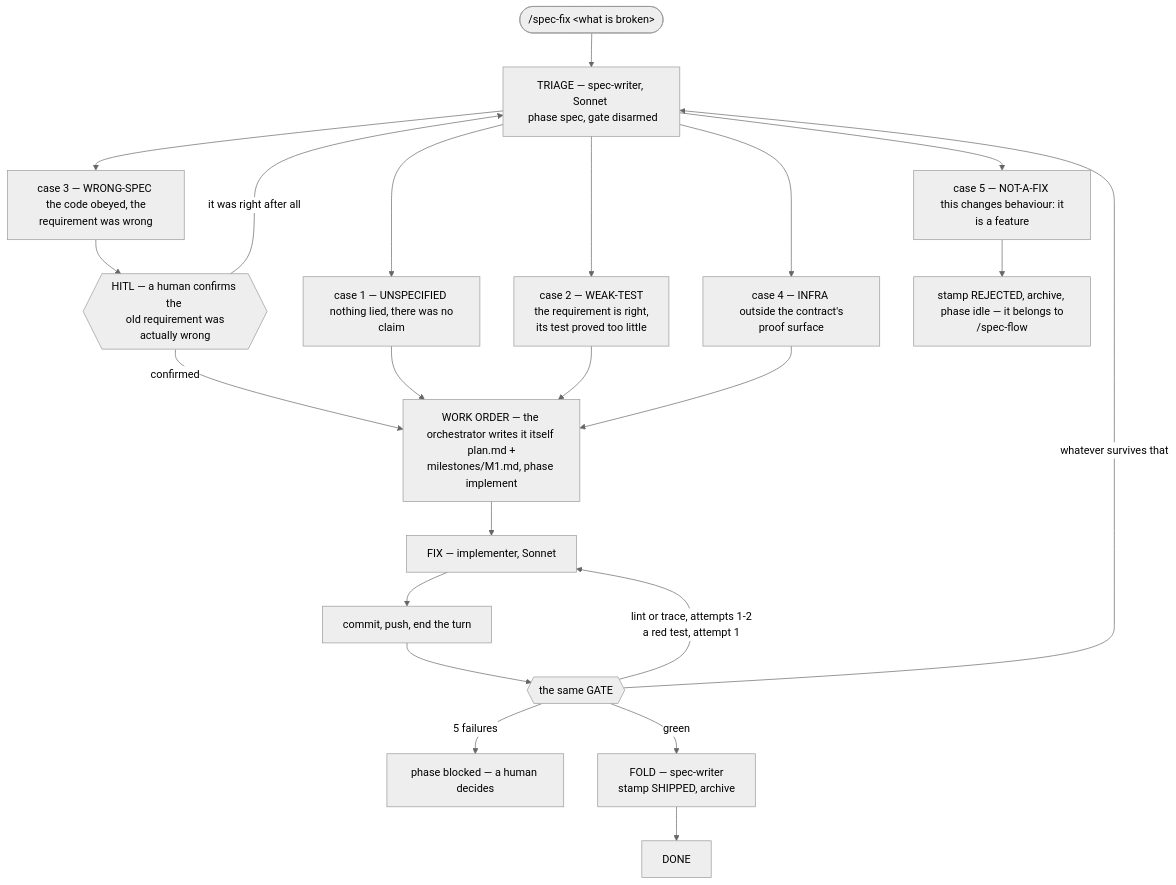
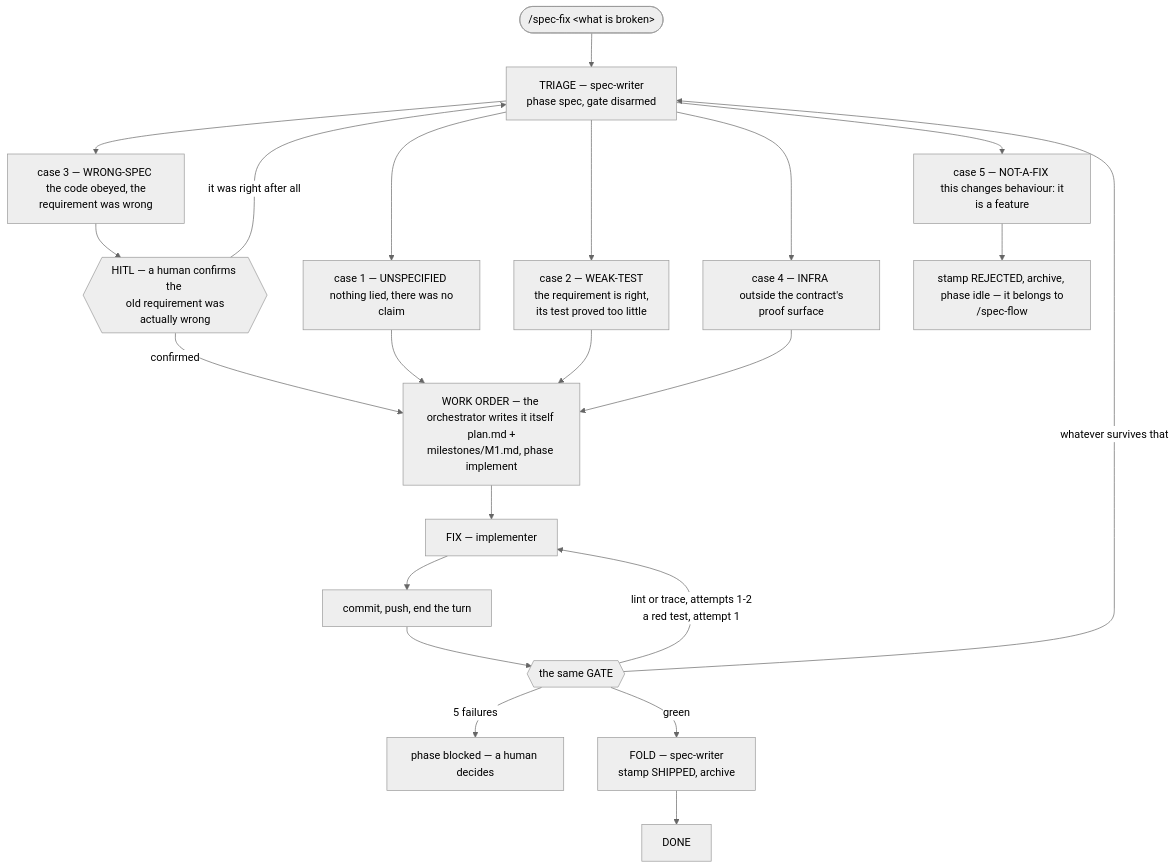
One commit to IgnacioMarin402/spec-flow-plugin changed the second of 3 diagrams in REFERENCE.md. Above: the diagram before and after it, drawn with Mermaid (neutral theme). The commit also changed other lines of this file and 4 other files, not shown here.

````diff
--- a/REFERENCE.md
+++ b/REFERENCE.md
@@ -515,25 +502,25 @@
 ```mermaid
 flowchart TD
-    A(["/spec-fix &lt;what is broken&gt;"]) --> T["TRIAGE — spec-writer, Sonnet <br/> phase spec, gate disarmed"]
+    A(["/spec-fix &lt;what is broken&gt;"]) --> T["TRIAGE — spec-writer <br/> phase spec, gate disarmed"]
     T --> C1["case 1 — UNSPECIFIED <br/> nothing lied, there was no claim"]
     T --> C2["case 2 — WEAK-TEST <br/> the requirement is right, <br/> its test proved too little"]
     T --> C3["case 3 — WRONG-SPEC <br/> the code obeyed, the requirement was wrong"]
     T --> C4["case 4 — INFRA <br/> outside the contract's proof surface"]
     T --> C5["case 5 — NOT-A-FIX <br/> this changes behaviour: it is a feature"]
     C3 --> H{{"HITL — a human confirms the <br/> old requirement was actually wrong"}}
     C5 --> REJ["stamp REJECTED, archive, <br/> phase idle — it belongs to /spec-flow"]
     H -->|"confirmed"| W
     H -->|"it was right after all"| T
     C1 --> W
     C2 --> W
     C4 --> W
     W["WORK ORDER — the orchestrator writes it itself <br/> plan.md + milestones/M1.md, phase implement"]
-    W --> I["FIX — implementer, Sonnet"]
+    W --> I["FIX — implementer"]
     I --> CM["commit, push, end the turn"]
     CM --> G{{"the same GATE"}}
     G -->|"lint or trace, attempts 1-2 <br/> a red test, attempt 1"| I
     G -->|"whatever survives that"| T
     G -->|"5 failures"| BLK["phase blocked — a human decides"]
     G -->|"green"| F["FOLD — spec-writer <br/> stamp SHIPPED, archive"]
     F --> D["DONE"]
 ```
````
